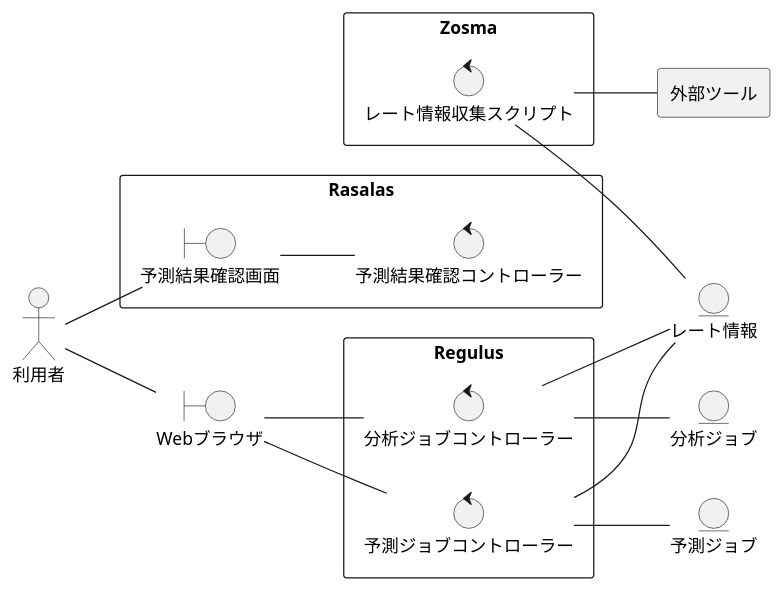
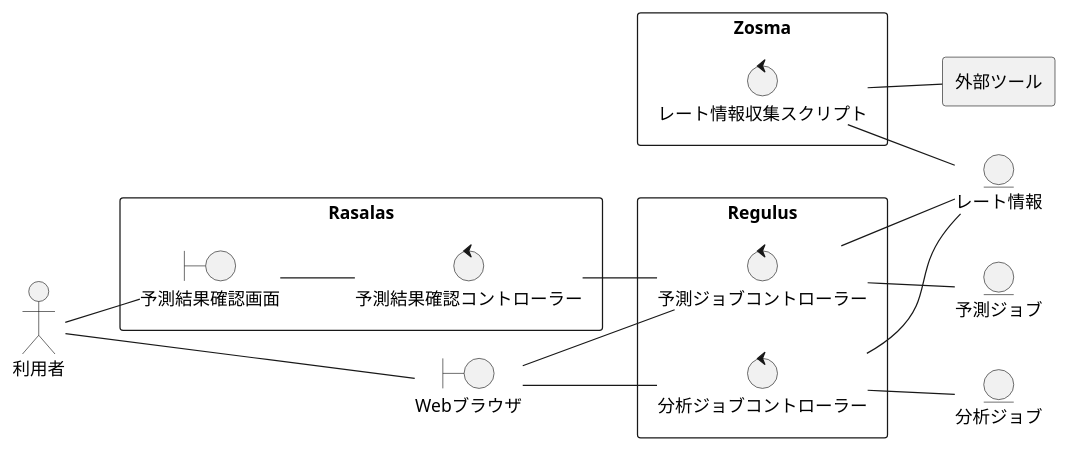
Before and after one commit to Leonis0813/chort: the diagram in fx-rate_estimator/index.rst, drawn with PlantUML. The commit also changed 1 other file, not shown here.

Commit message:
create requirement spec

```diff
--- a/fx-rate_estimator/index.rst
+++ b/fx-rate_estimator/index.rst
@@ -9,38 +9,39 @@
 .. uml::
 
    left to right direction
    skinparam packageStyle rect
    actor 利用者
    boundary Webブラウザ
    entity レート情報
    entity 分析ジョブ
    entity 予測ジョブ
 
    利用者 -- Webブラウザ
 
    rectangle Regulus {
      control 分析ジョブコントローラー
      control 予測ジョブコントローラー
      Webブラウザ -- 分析ジョブコントローラー
      Webブラウザ -- 予測ジョブコントローラー
      分析ジョブコントローラー -- レート情報
      予測ジョブコントローラー -- レート情報
      分析ジョブコントローラー -- 分析ジョブ
      予測ジョブコントローラー -- 予測ジョブ
    }
 
    rectangle 外部ツール {
    }
 
    rectangle Zosma {
      control レート情報収集スクリプト
      レート情報収集スクリプト -- 外部ツール
      レート情報収集スクリプト -- レート情報
    }
 
    rectangle Rasalas {
      boundary 予測結果確認画面
      control 予測結果確認コントローラー
      利用者 -- 予測結果確認画面
      予測結果確認画面 -- 予測結果確認コントローラー
+     予測結果確認コントローラー -- 予測ジョブコントローラー
    }
```
